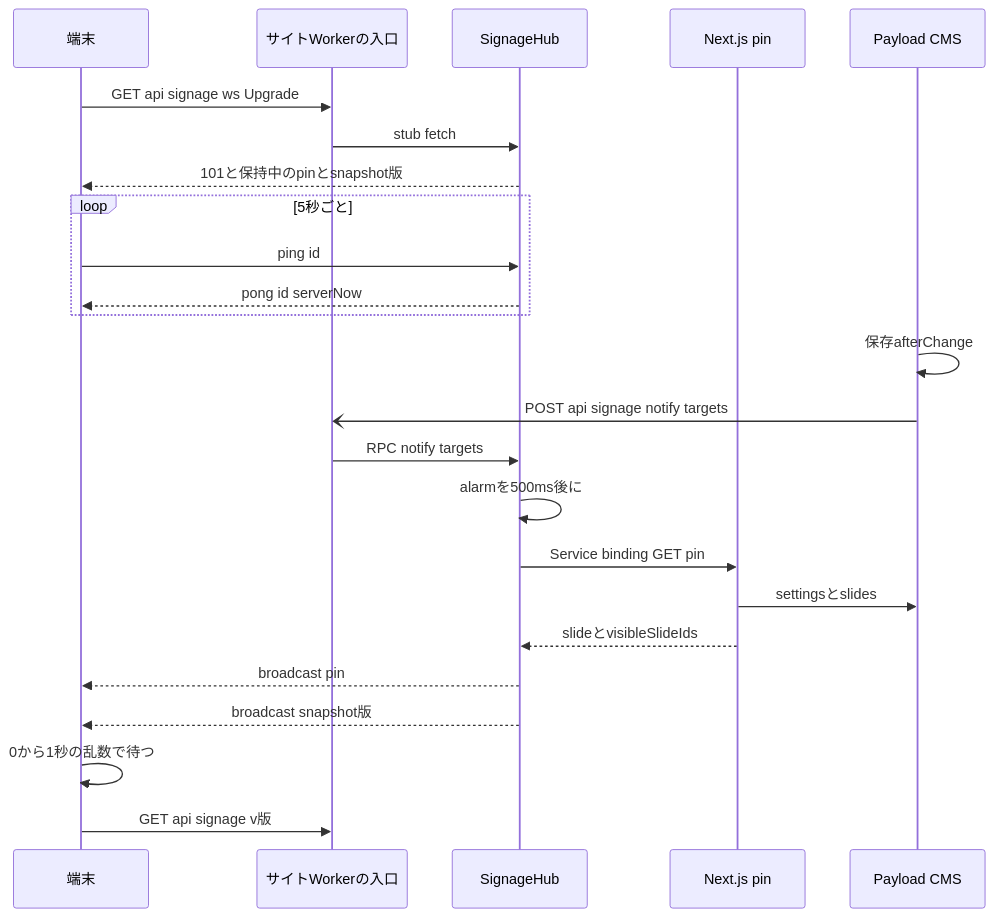
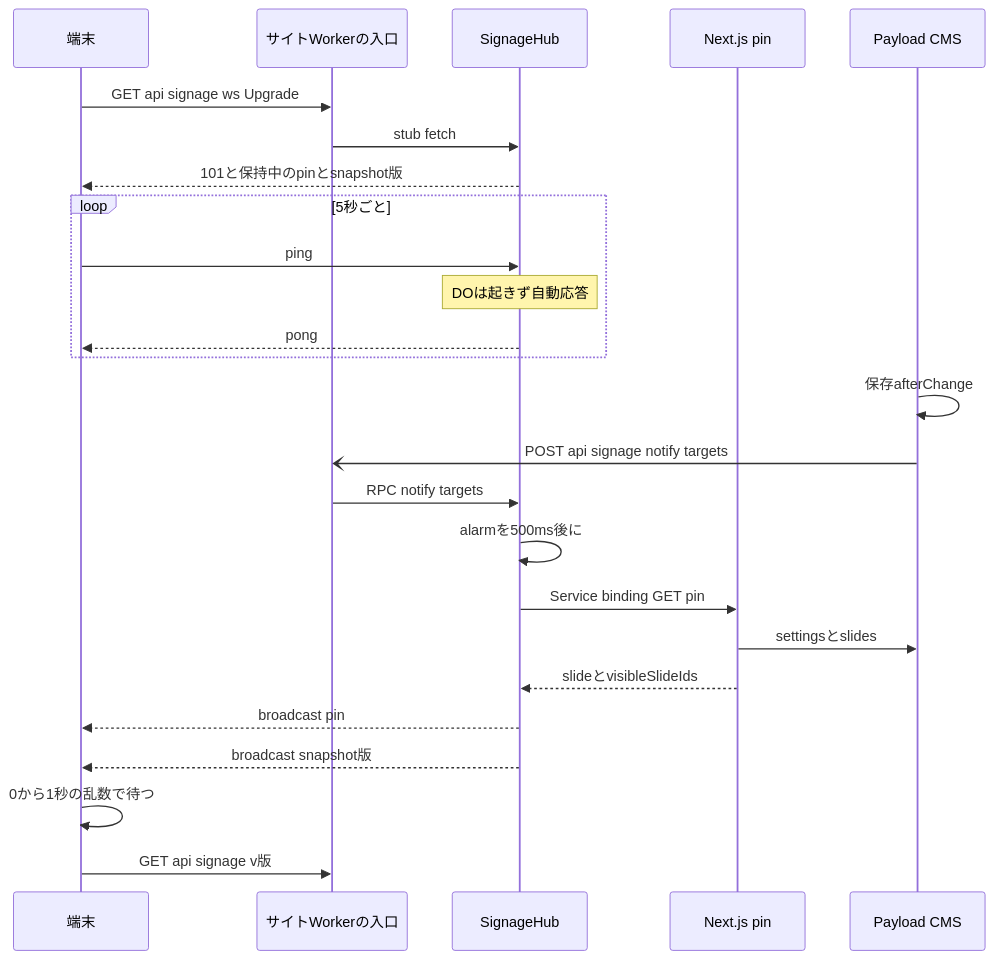
One commit to aramakisai/aramakisai-web changed the second of 2 diagrams in .kiro/specs/signage-sync-transport/design.md. Above: the diagram before and after it, drawn with Mermaid. The commit also changed other lines of this file and 2 other files, not shown here.

````diff
--- a/.kiro/specs/signage-sync-transport/design.md
+++ b/.kiro/specs/signage-sync-transport/design.md
@@ -151,26 +151,27 @@
 ```mermaid
 sequenceDiagram
     participant T as 端末
     participant E as サイトWorkerの入口
     participant H as SignageHub
     participant N as Next.js pin
     participant C as Payload CMS
     T->>E: GET api signage ws Upgrade
     E->>H: stub fetch
     H-->>T: 101と保持中のpinとsnapshot版
     loop 5秒ごと
-        T->>H: ping id
-        H-->>T: pong id serverNow
+        T->>H: ping
+        Note over H: DOは起きず自動応答
+        H-->>T: pong
     end
     C->>C: 保存afterChange
     C-)E: POST api signage notify targets
     E->>H: RPC notify targets
     H->>H: alarmを500ms後に
     H->>N: Service binding GET pin
     N->>C: settingsとslides
     N-->>H: slideとvisibleSlideIds
     H-->>T: broadcast pin
     H-->>T: broadcast snapshot版
     T->>T: 0から1秒の乱数で待つ
     T->>E: GET api signage v版
 ```
````
